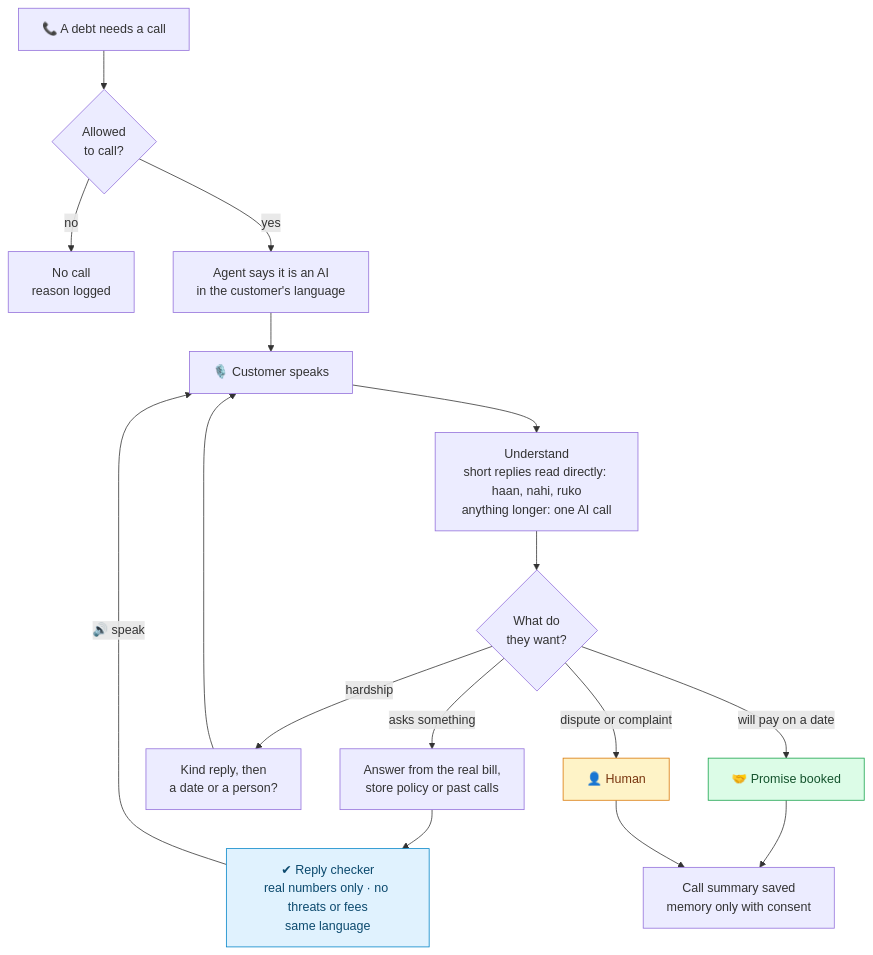
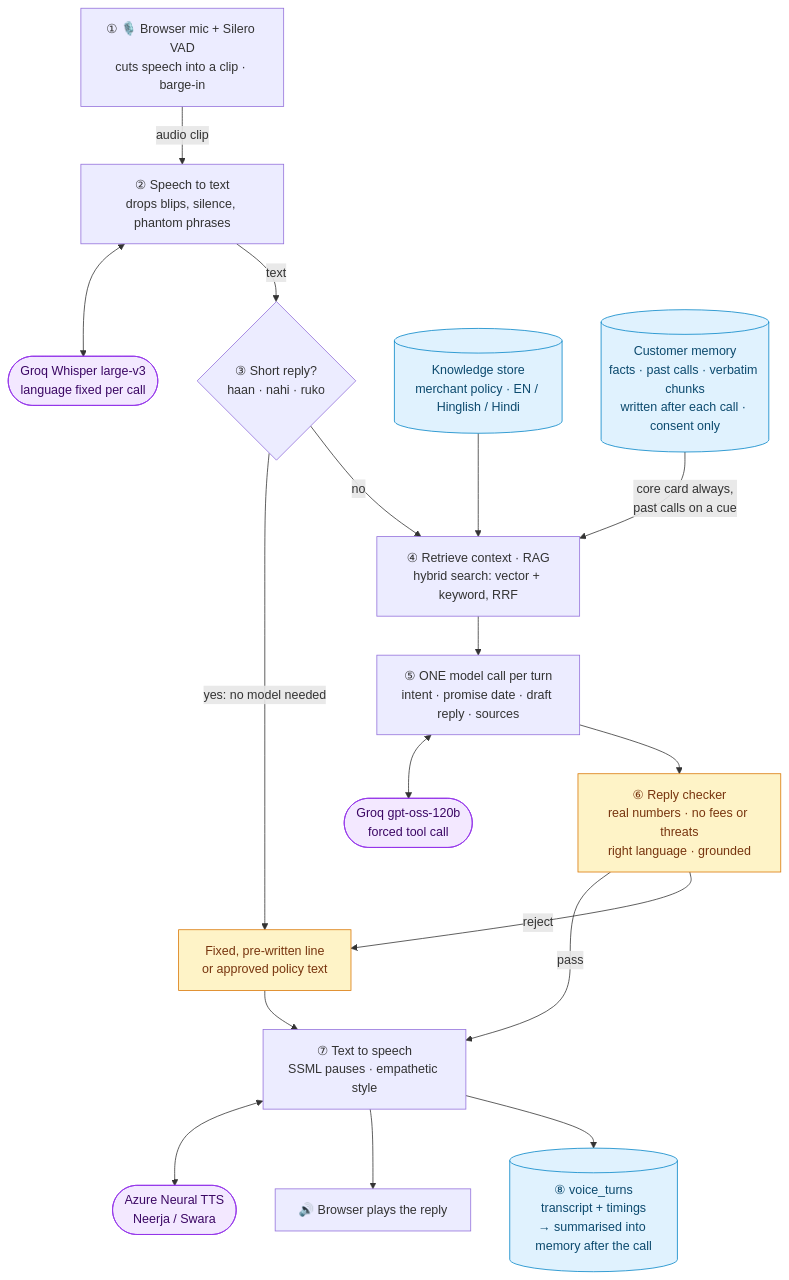
The fourth of 4 diagrams in README.md (Lakshaykhatri231/Backstop), drawn with Mermaid before and after one commit. The commit also changed other lines of this file, not shown here.

````diff
--- a/README.md
+++ b/README.md
@@ -387,25 +387,43 @@
 ```mermaid
 flowchart TD
-    D["📞 A debt needs a call"] --> G{"Allowed<br/>to call?"}
-    G -- no --> X["No call<br/>reason logged"]
-    G -- yes --> O["Agent says it is an AI<br/>in the customer's language"]
-    O --> L["🎙️ Customer speaks"]
-    L --> U["Understand<br/>short replies read directly: haan, nahi, ruko<br/>anything longer: one AI call"]
-    U --> K{"What do<br/>they want?"}
-    K -- "asks something" --> AN["Answer from the real bill,<br/>store policy or past calls"]
-    AN --> CHK["✔ Reply checker<br/>real numbers only · no threats or fees<br/>same language"]
-    CHK -- "🔊 speak" --> L
-    K -- "hardship" --> E["Kind reply, then<br/>a date or a person?"]
-    E --> L
-    K -- "will pay on a date" --> P["🤝 Promise booked"]
-    K -- "dispute or complaint" --> HU["👤 Human"]
-    P --> M["Call summary saved<br/>memory only with consent"]
-    HU --> M
+    MIC["① 🎙️ Browser mic + Silero VAD<br/>cuts speech into a clip · barge-in"]
+    STT["② Speech to text<br/>drops blips, silence, phantom phrases"]
+    SR{"③ Short reply?<br/>haan · nahi · ruko"}
+    RAG["④ Retrieve context · RAG<br/>hybrid search: vector + keyword, RRF"]
+    LLM["⑤ ONE model call per turn<br/>intent · promise date · draft reply · sources"]
+    CHK["⑥ Reply checker<br/>real numbers · no fees or threats<br/>right language · grounded"]
+    FIX["Fixed, pre-written line<br/>or approved policy text"]
+    TTS["⑦ Text to speech<br/>SSML pauses · empathetic style"]
+    PLAY["🔊 Browser plays the reply"]
+    TURNS[("⑧ voice_turns<br/>transcript + timings<br/>→ summarised into memory after the call")]
 
-    classDef good fill:#dcfce7,stroke:#16a34a,color:#14532d
-    classDef person fill:#fef3c7,stroke:#d97706,color:#78350f
-    classDef check fill:#e0f2fe,stroke:#0284c7,color:#0c4a6e
-    class P good
-    class HU person
-    class CHK check
+    W(["Groq Whisper large-v3<br/>language fixed per call"])
+    KB[("Knowledge store<br/>merchant policy · EN / Hinglish / Hindi")]
+    MEM[("Customer memory<br/>facts · past calls · verbatim chunks<br/>written after each call · consent only")]
+    G(["Groq gpt-oss-120b<br/>forced tool call"])
+    AZ(["Azure Neural TTS<br/>Neerja / Swara"])
+
+    MIC -- "audio clip" --> STT
+    STT <--> W
+    STT -- "text" --> SR
+    SR -- "yes: no model needed" --> FIX
+    SR -- no --> RAG
+    KB --> RAG
+    MEM -- "core card always,<br/>past calls on a cue" --> RAG
+    RAG --> LLM
+    LLM <--> G
+    LLM --> CHK
+    CHK -- pass --> TTS
+    CHK -- reject --> FIX
+    FIX --> TTS
+    TTS <--> AZ
+    TTS --> PLAY
+    TTS --> TURNS
+
+    classDef ext fill:#f3e8ff,stroke:#9333ea,color:#3b0764
+    classDef store fill:#e0f2fe,stroke:#0284c7,color:#0c4a6e
+    classDef guard fill:#fef3c7,stroke:#d97706,color:#78350f
+    class W,G,AZ ext
+    class KB,MEM,TURNS store
+    class CHK,FIX guard
 ```
````
